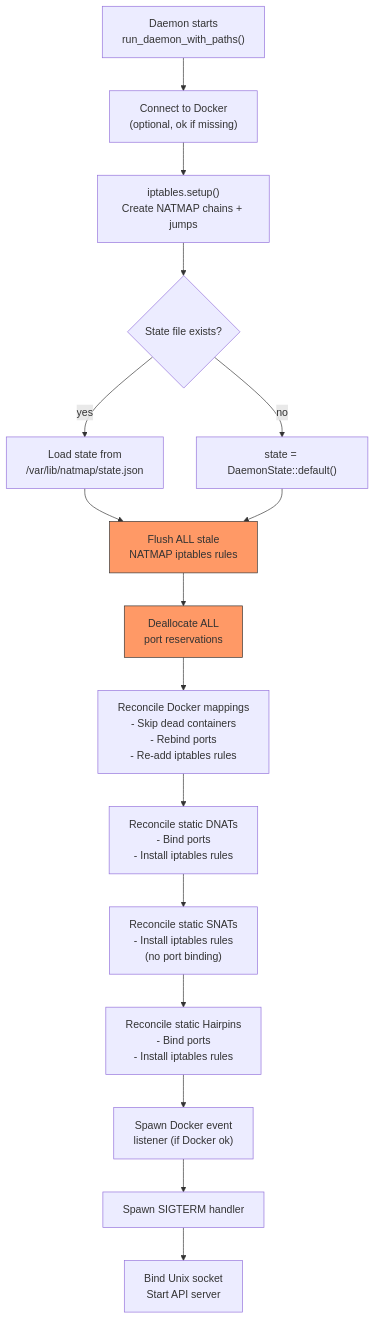
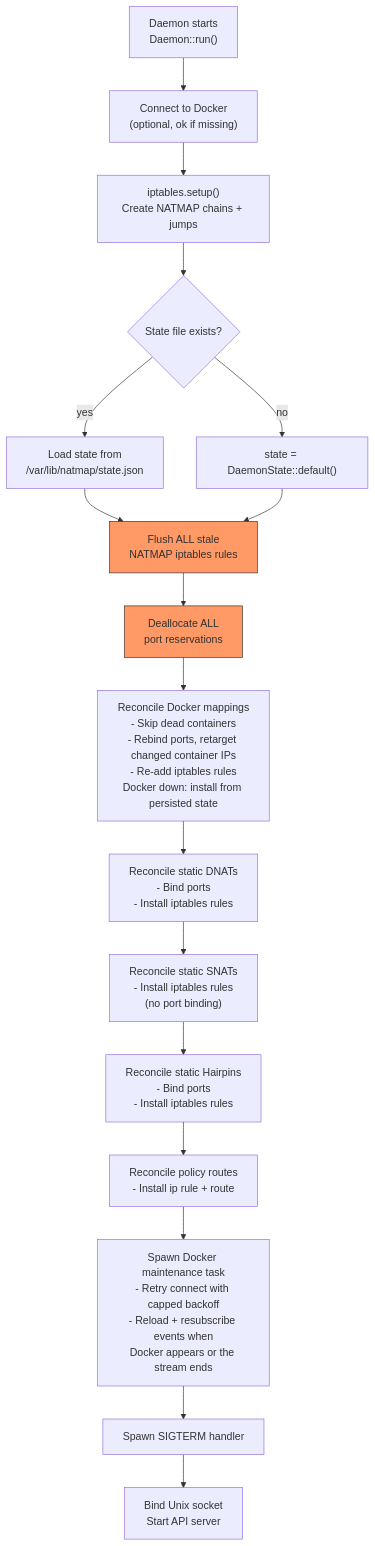
The diagram in docs/diagrams/daemon-startup.mmd (FAZuH/lab-ops), drawn with Mermaid before and after one commit. The commit also changed 12 other files, not shown here.

```diff
--- a/docs/diagrams/daemon-startup.mmd
+++ b/docs/diagrams/daemon-startup.mmd
@@ -1,27 +1,28 @@
 flowchart TD
-    A["Daemon starts<br/>run_daemon_with_paths()"]
+    A["Daemon starts<br/>Daemon::run()"]
     B["Connect to Docker<br/>(optional, ok if missing)"]
     C["iptables.setup()<br/>Create NATMAP chains + jumps"]
     D{State file exists?}
     E["state = DaemonState::default()"]
     F["Load state from<br/>/var/lib/natmap/state.json"]
     G["Flush ALL stale<br/>NATMAP iptables rules"]
     H["Deallocate ALL<br/>port reservations"]
-    I["Reconcile Docker mappings<br/>- Skip dead containers<br/>- Rebind ports<br/>- Re-add iptables rules"]
+    I["Reconcile Docker mappings<br/>- Skip dead containers<br/>- Rebind ports, retarget changed container IPs<br/>- Re-add iptables rules<br/>Docker down: install from persisted state"]
     J["Reconcile static DNATs<br/>- Bind ports<br/>- Install iptables rules"]
     K["Reconcile static SNATs<br/>- Install iptables rules<br/>(no port binding)"]
     L["Reconcile static Hairpins<br/>- Bind ports<br/>- Install iptables rules"]
-    M["Spawn Docker event<br/>listener (if Docker ok)"]
+    P["Reconcile policy routes<br/>- Install ip rule + route"]
+    M["Spawn Docker maintenance task<br/>- Retry connect with capped backoff<br/>- Reload + resubscribe events when<br/>Docker appears or the stream ends"]
     N["Spawn SIGTERM handler"]
     O["Bind Unix socket<br/>Start API server"]
 
     A --> B --> C --> D
     D -->|no| E
     D -->|yes| F
     F --> G
     E --> G
     G --> H --> I --> J --> K --> L
-    L --> M --> N --> O
+    L --> P --> M --> N --> O
 
     style G fill:#f96,stroke:#333
     style H fill:#f96,stroke:#333
```
